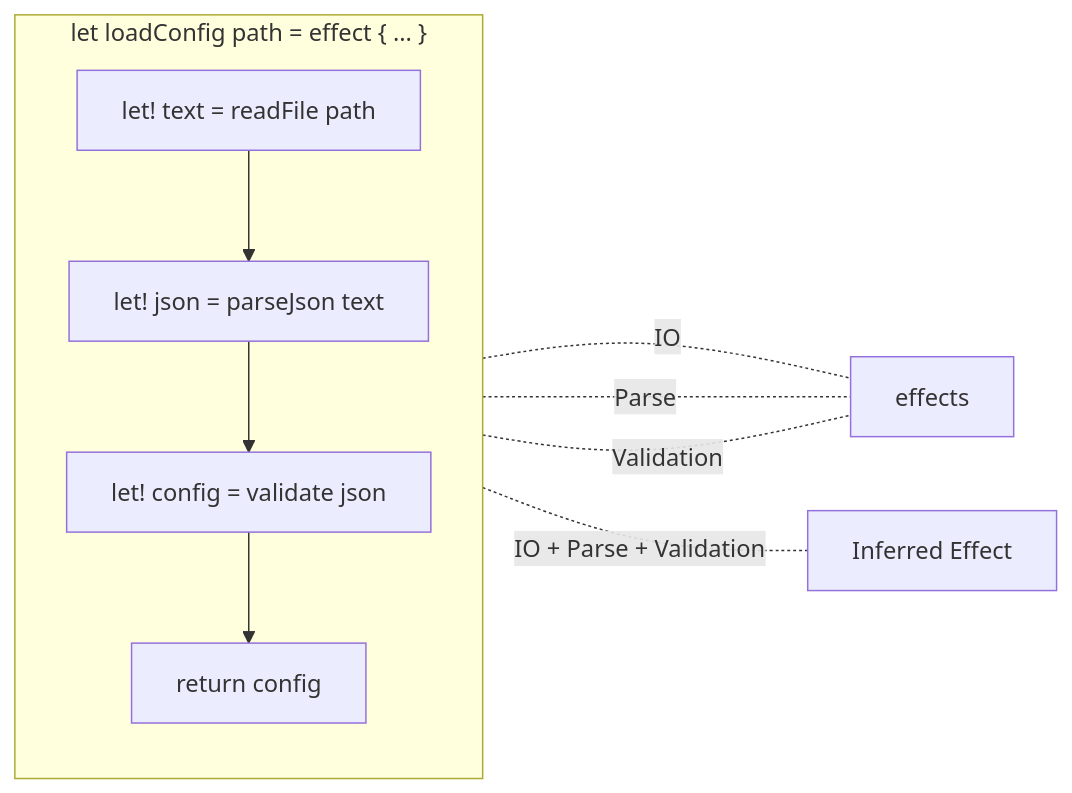
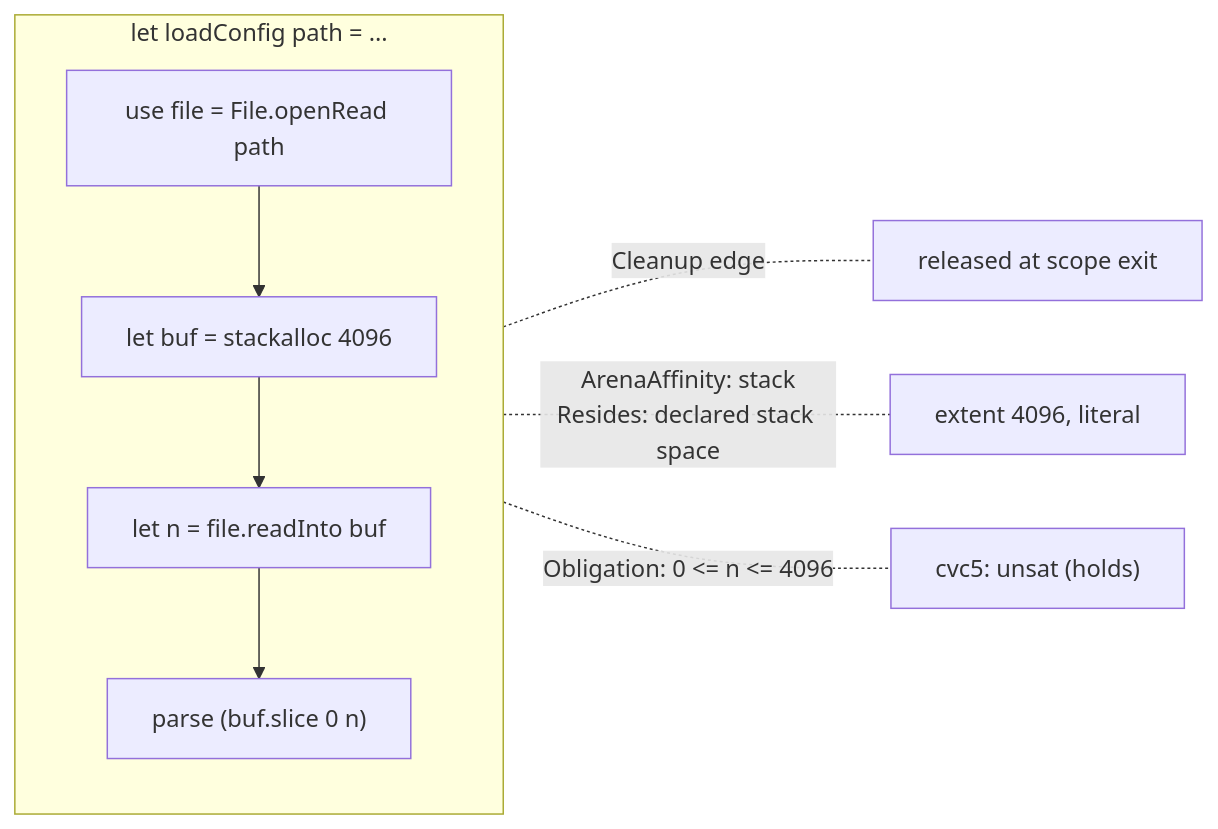
Before and after one commit to FidelityFramework/Atelier: the seventh of 8 diagrams in docs/03_unique_features.md, drawn with Mermaid. The commit also changed other lines of this file and 23 other files, not shown here.

````diff
--- a/docs/03_unique_features.md
+++ b/docs/03_unique_features.md
@@ -359,17 +391,15 @@
 ```mermaid
 flowchart LR
-    subgraph effectblock["let loadConfig path = effect { ... }"]
+    subgraph fn["let loadConfig path = ..."]
         direction TB
-        read["let! text = readFile path"]
-        parse["let! json = parseJson text"]
-        validate["let! config = validate json"]
-        ret["return config"]
-
-        read --> parse --> validate --> ret
+        openf["use file = File.openRead path"]
+        alloc["let buf = stackalloc<byte> 4096"]
+        read["let n = file.readInto buf"]
+        parse["parse (buf.slice 0 n)"]
+        openf --> alloc --> read --> parse
     end
 
-    read -.-|IO| effects
-    parse -.-|Parse| effects
-    validate -.-|Validation| effects
-    effectblock -.-|"IO + Parse + Validation"| total["Inferred Effect"]
+    openf -.-|"Cleanup edge"| c1["released at scope exit"]
+    alloc -.-|"ArenaAffinity: stack<br/>Resides: declared stack space"| c2["extent 4096, literal"]
+    read -.-|"Obligation: 0 <= n <= 4096"| c3["cvc5: unsat (holds)"]
 ```
````
